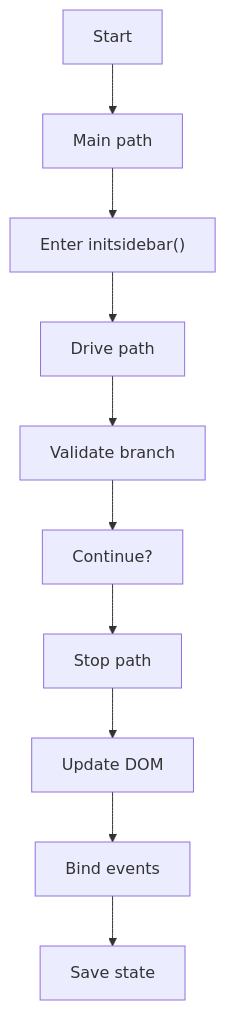
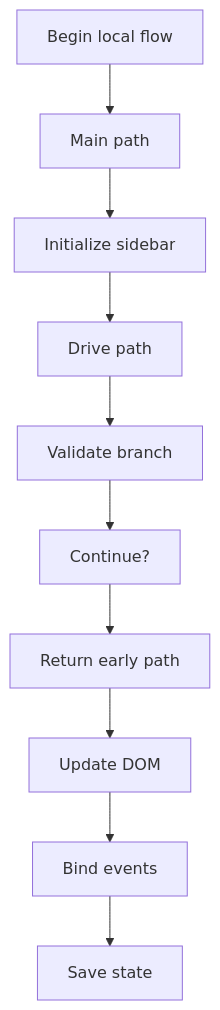
One commit to JohnAndrewBalbarosa/NeoTerritory changed the first of 4 diagrams in docs/Codebase/Frontend/scripts/sidebar/sidebar_program_flow.js.md. Above: the diagram before and after it, drawn with Mermaid. The commit also changed other lines of this file and 915 other files, not shown here.

````diff
--- a/docs/Codebase/Frontend/scripts/sidebar/sidebar_program_flow.js.md
+++ b/docs/Codebase/Frontend/scripts/sidebar/sidebar_program_flow.js.md
@@ -10,22 +10,22 @@
 ```mermaid
 flowchart TD
-    N0["Start"]
+    N0["Begin local flow"]
     N1["Main path"]
-    N2["Enter initsidebar()"]
+    N2["Initialize sidebar"]
     N3["Drive path"]
     N4["Validate branch"]
     N5["Continue?"]
-    N6["Stop path"]
+    N6["Return early path"]
     N7["Update DOM"]
     N8["Bind events"]
     N9["Save state"]
     N0 --> N1
     N1 --> N2
     N2 --> N3
     N3 --> N4
     N4 --> N5
     N5 --> N6
     N6 --> N7
     N7 --> N8
     N8 --> N9
 ```
````
